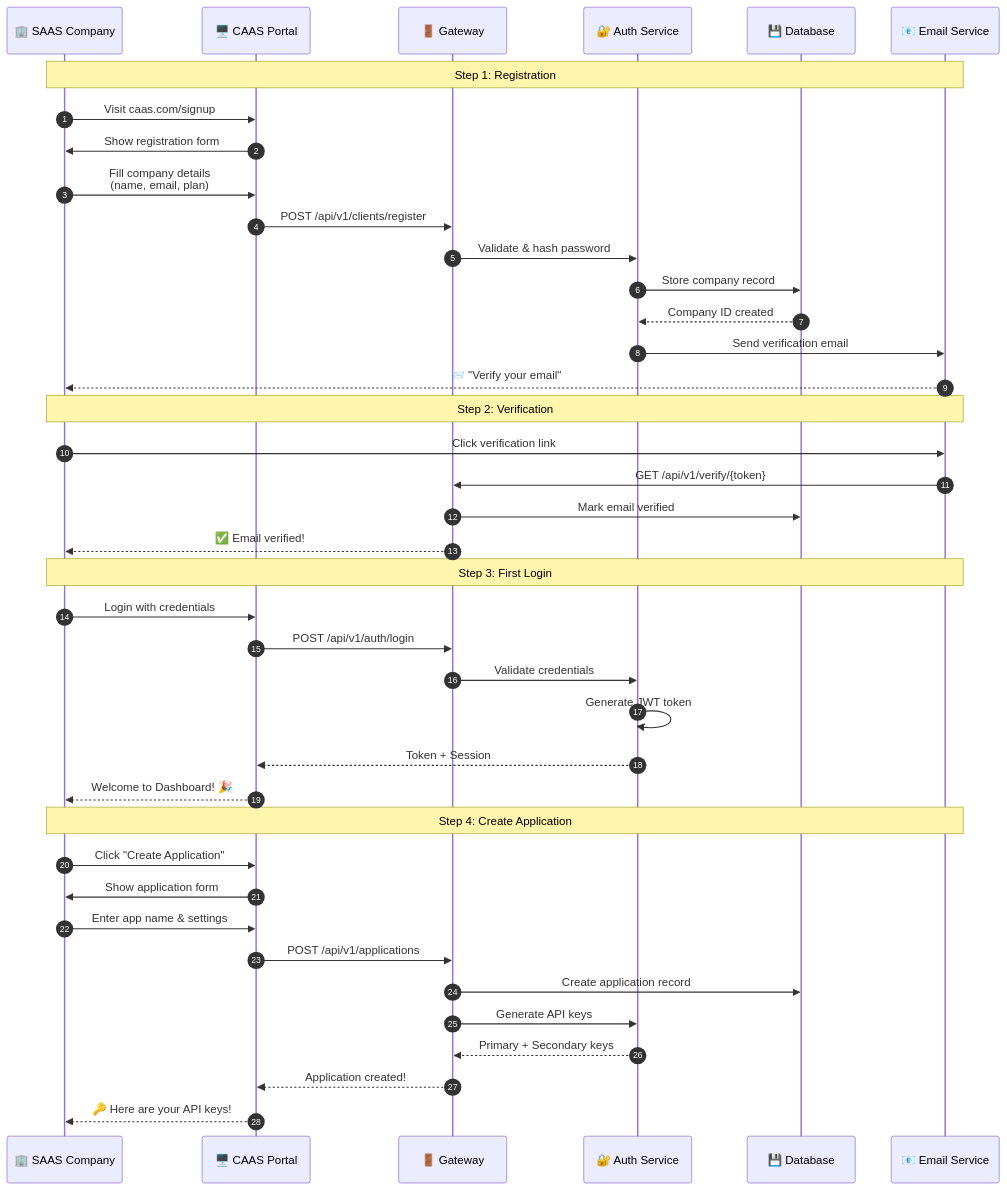
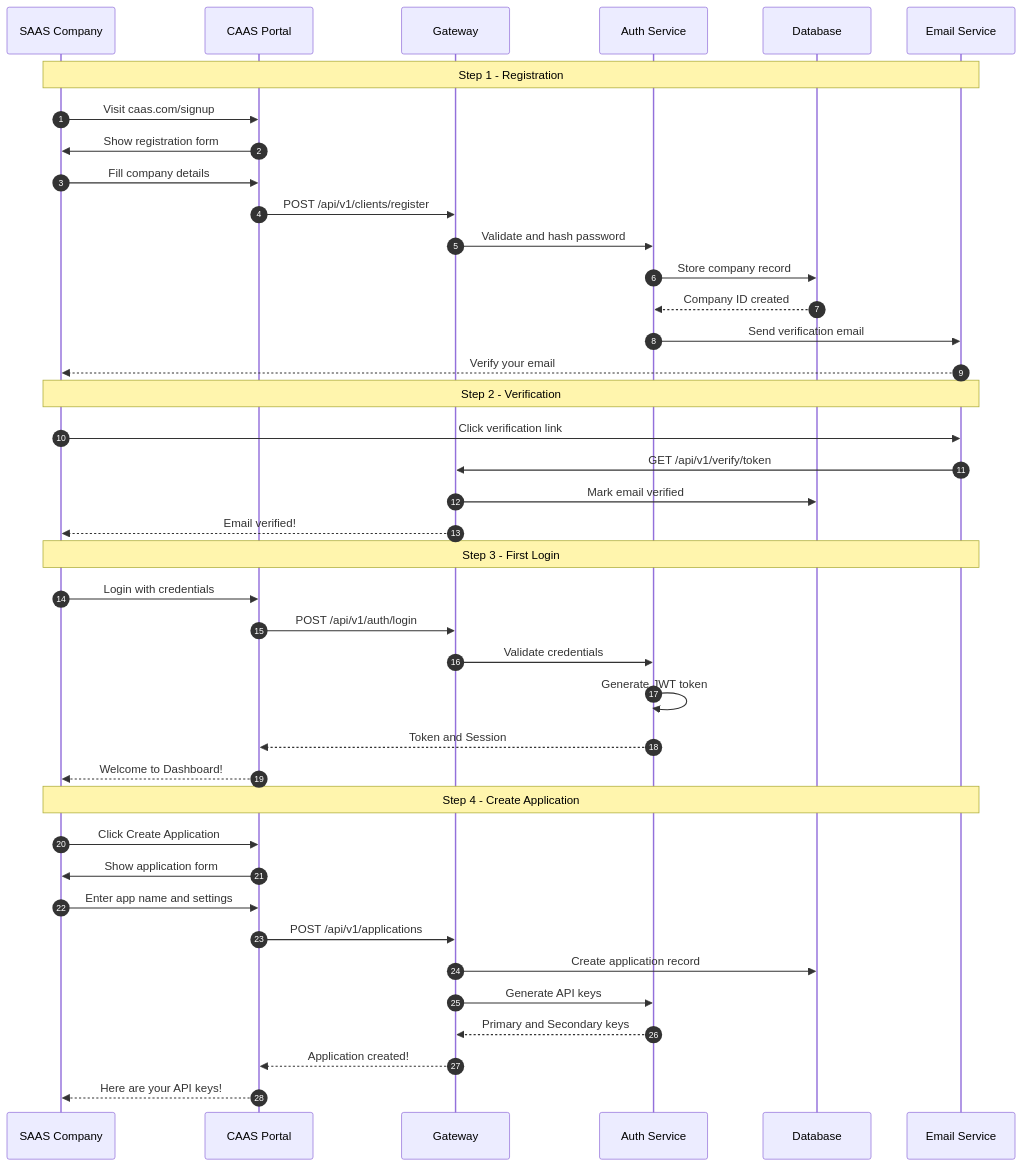
One commit to AtharvaBansod/CAAS changed the ninth of 40 diagrams in docs/COMPLETE_PLATFORM_VISUAL_GUIDE.md. Above: the diagram before and after it, drawn with Mermaid. The commit also changed other lines of this file, not shown here.

````diff
--- a/docs/COMPLETE_PLATFORM_VISUAL_GUIDE.md
+++ b/docs/COMPLETE_PLATFORM_VISUAL_GUIDE.md
@@ -225,46 +269,46 @@
 ```mermaid
 sequenceDiagram
     autonumber
-    participant SC as 🏢 SAAS Company
-    participant WEB as 🖥️ CAAS Portal
-    participant GW as 🚪 Gateway
-    participant AUTH as 🔐 Auth Service
-    participant DB as 💾 Database
-    participant EMAIL as 📧 Email Service
+    participant SC as SAAS Company
+    participant WEB as CAAS Portal
+    participant GW as Gateway
+    participant AUTH as Auth Service
+    participant DB as Database
+    participant EMAIL as Email Service
     
-    Note over SC,EMAIL: Step 1: Registration
+    Note over SC,EMAIL: Step 1 - Registration
     SC->>WEB: Visit caas.com/signup
     WEB->>SC: Show registration form
-    SC->>WEB: Fill company details<br/>(name, email, plan)
+    SC->>WEB: Fill company details
     WEB->>GW: POST /api/v1/clients/register
-    GW->>AUTH: Validate & hash password
+    GW->>AUTH: Validate and hash password
     AUTH->>DB: Store company record
     DB-->>AUTH: Company ID created
     AUTH->>EMAIL: Send verification email
-    EMAIL-->>SC: 📨 "Verify your email"
+    EMAIL-->>SC: Verify your email
     
-    Note over SC,EMAIL: Step 2: Verification
+    Note over SC,EMAIL: Step 2 - Verification
     SC->>EMAIL: Click verification link
-    EMAIL->>GW: GET /api/v1/verify/{token}
+    EMAIL->>GW: GET /api/v1/verify/token
     GW->>DB: Mark email verified
-    GW-->>SC: ✅ Email verified!
+    GW-->>SC: Email verified!
     
-    Note over SC,EMAIL: Step 3: First Login
+    Note over SC,EMAIL: Step 3 - First Login
     SC->>WEB: Login with credentials
     WEB->>GW: POST /api/v1/auth/login
     GW->>AUTH: Validate credentials
     AUTH->>AUTH: Generate JWT token
-    AUTH-->>WEB: Token + Session
-    WEB-->>SC: Welcome to Dashboard! 🎉
+    AUTH-->>WEB: Token and Session
+    WEB-->>SC: Welcome to Dashboard!
     
-    Note over SC,EMAIL: Step 4: Create Application
-    SC->>WEB: Click "Create Application"
+    Note over SC,EMAIL: Step 4 - Create Application
+    SC->>WEB: Click Create Application
     WEB->>SC: Show application form
-    SC->>WEB: Enter app name & settings
+    SC->>WEB: Enter app name and settings
     WEB->>GW: POST /api/v1/applications
     GW->>DB: Create application record
     GW->>AUTH: Generate API keys
-    AUTH-->>GW: Primary + Secondary keys
+    AUTH-->>GW: Primary and Secondary keys
     GW-->>WEB: Application created!
-    WEB-->>SC: 🔑 Here are your API keys!
+    WEB-->>SC: Here are your API keys!
 ```
````
